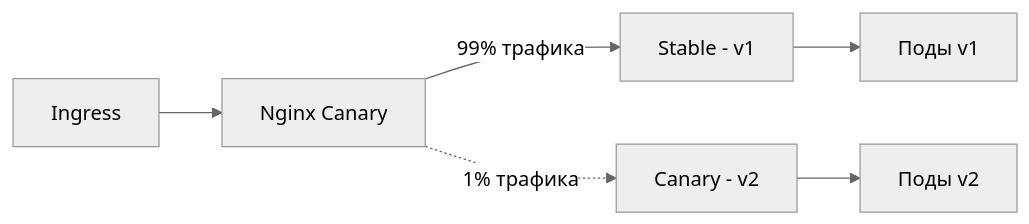
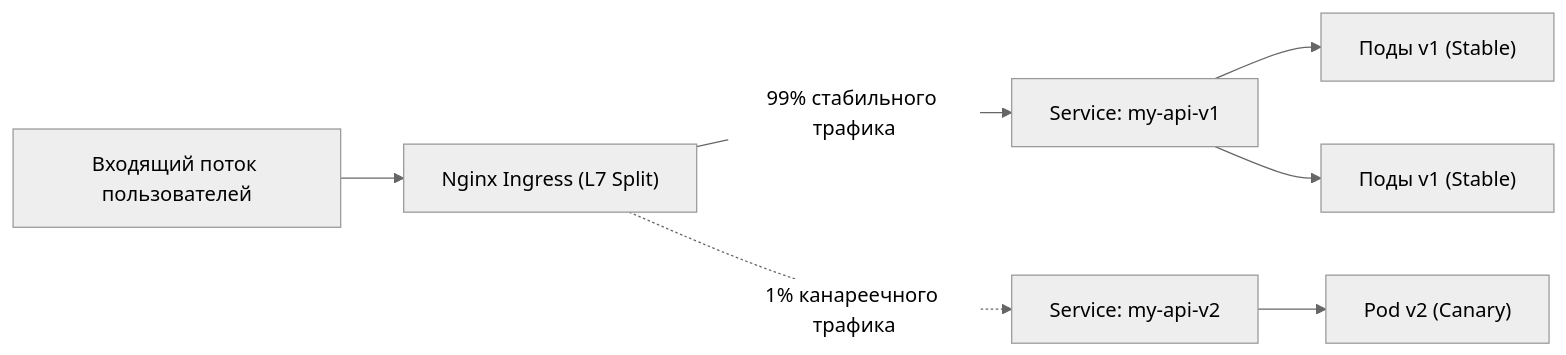
Before and after one commit to UnrealTemplier/go-textbook: the third of 3 diagrams in sources/19. Инфраструктура. Linux, nginx, Docker, Kubernetes/05. Практика/3. Canary и blue green deploy.md, drawn with Mermaid (neutral theme). The commit also changed other lines of this file, not shown here.

Commit message:
feat(module-19): editorial rewrite of 05.3 Canary and blue green deploy in Kernighan style

````diff
--- a/sources/19. Инфраструктура. Linux, nginx, Docker, Kubernetes/05. Практика/3. Canary и blue green deploy.md
+++ b/sources/19. Инфраструктура. Linux, nginx, Docker, Kubernetes/05. Практика/3. Canary и blue green deploy.md
@@ -43,8 +100,11 @@
 ```mermaid
 flowchart LR
-    A["Ingress"] --> B["Nginx Canary"]
-    B -->|"99% трафика"| C["Stable - v1"]
-    B -.->|"1% трафика"| D["Canary - v2"]
-    C --> E["Поды v1"]
-    D --> F["Поды v2"]
+    Client["Входящий поток пользователей"] --> Ingress["Nginx Ingress (L7 Split)"]
+    
+    Ingress -->|"99% стабильного трафика"| SvcStable["Service: my-api-v1"]
+    Ingress -.->|"1% канареечного трафика"| SvcCanary["Service: my-api-v2"]
+    
+    SvcStable --> P1["Поды v1 (Stable)"]
+    SvcStable --> P2["Поды v1 (Stable)"]
+    SvcCanary --> PC["Pod v2 (Canary)"]
 ```
````
